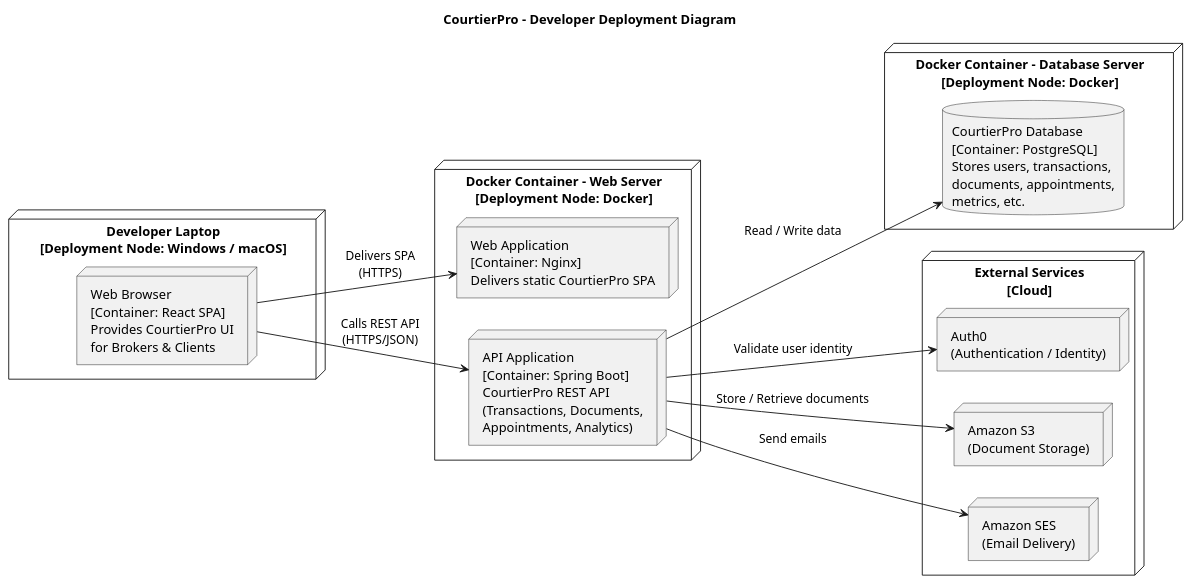
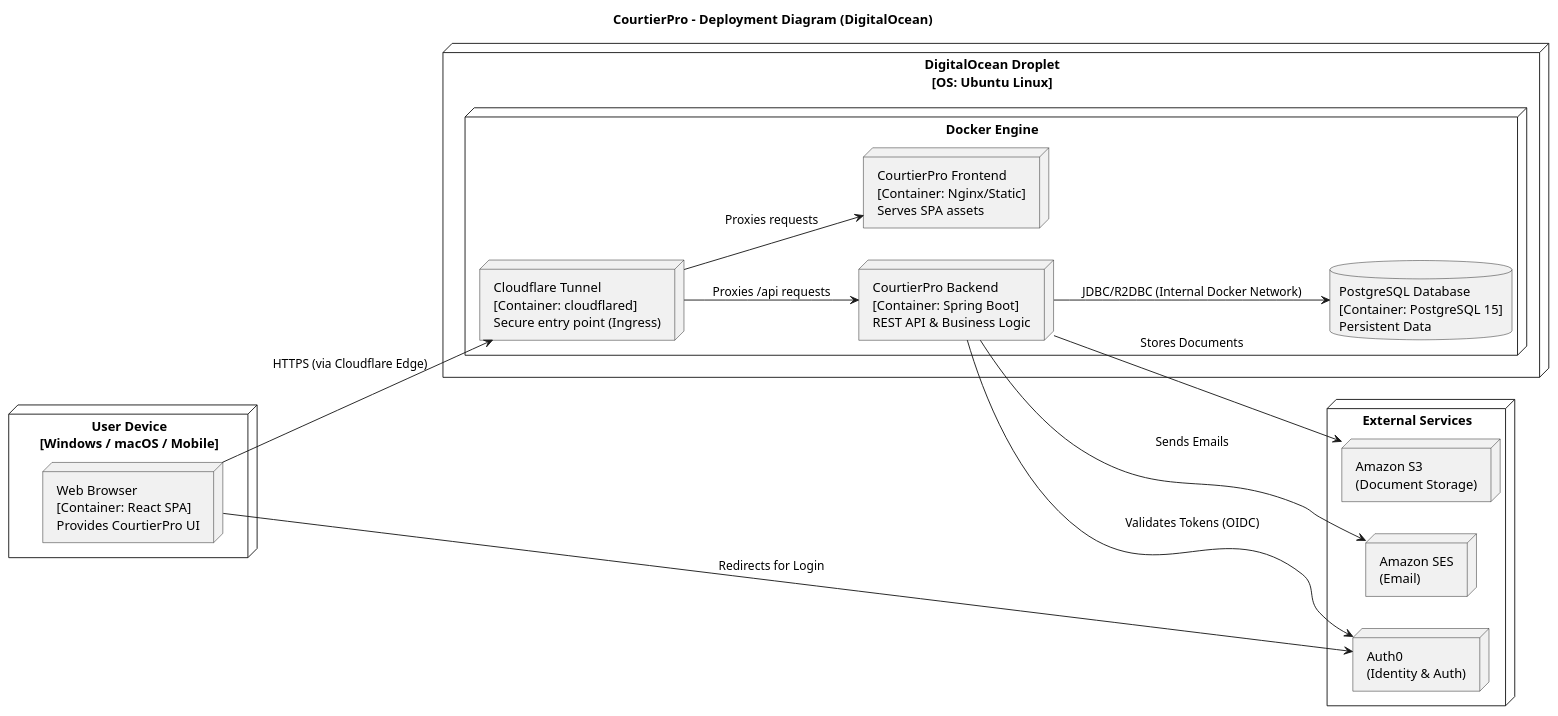
One commit to CourtierPro/CourtierPro changed the diagram in docs/diagrams/CourtierProC4L3Deployment.puml. Above: the diagram before and after it, drawn with PlantUML. The commit also changed 7 other files, not shown here.

Commit message:
Update C4 and DDD diagrams and verify personal use cases

```diff
--- a/docs/diagrams/CourtierProC4L3Deployment.puml
+++ b/docs/diagrams/CourtierProC4L3Deployment.puml
@@ -1,51 +1,57 @@
 @startuml
-title CourtierPro - Developer Deployment Diagram
+title CourtierPro - Deployment Diagram (DigitalOcean)
 
 left to right direction
 skinparam nodeStyle rectangle
 
 ' ==========================
-' Developer laptop / browser
+' User Side
 ' ==========================
-node "Developer Laptop\n[Deployment Node: Windows / macOS]" as Dev {
-  node "Web Browser\n[Container: React SPA]\nProvides CourtierPro UI\nfor Brokers & Clients" as Browser
+node "User Device\n[Windows / macOS / Mobile]" as Device {
+  node "Web Browser\n[Container: React SPA]\nProvides CourtierPro UI" as Browser
 }
 
 ' ==========================
-' Web server (Docker)
+' Cloud / Production
 ' ==========================
-node "Docker Container - Web Server\n[Deployment Node: Docker]" as WebDocker {
-
-  node "Web Application\n[Container: Nginx]\nDelivers static CourtierPro SPA" as WebApp
-
-  node "API Application\n[Container: Spring Boot]\nCourtierPro REST API\n(Transactions, Documents,\nAppointments, Analytics)" as ApiApp
+node "DigitalOcean Droplet\n[OS: Ubuntu Linux]" as DO_VM {
+  
+  node "Docker Engine" as Docker {
+    
+    node "Cloudflare Tunnel\n[Container: cloudflared]\nSecure entry point (Ingress)" as Tunnel
+    
+    node "CourtierPro Frontend\n[Container: Nginx/Static]\nServes SPA assets" as Frontend
+    
+    node "CourtierPro Backend\n[Container: Spring Boot]\nREST API & Business Logic" as Backend
+    
+    database "PostgreSQL Database\n[Container: PostgreSQL 15]\nPersistent Data" as DB
+  }
 }
 
 ' ==========================
-' Database server (Docker)
+' External Services
 ' ==========================
-node "Docker Container - Database Server\n[Deployment Node: Docker]" as DbDocker {
-  database "CourtierPro Database\n[Container: PostgreSQL]\nStores users, transactions,\ndocuments, appointments,\nmetrics, etc." as DB
-}
-
-' ==========================
-' External systems (Cloud)
-' ==========================
-node "External Services\n[Cloud]" as Ext {
-  node "Auth0\n(Authentication / Identity)" as Auth0
+node "External Services" as Ext {
+  node "Auth0\n(Identity & Auth)" as Auth0
   node "Amazon S3\n(Document Storage)" as S3
-  node "Amazon SES\n(Email Delivery)" as SES
+  node "Amazon SES\n(Email)" as SES
 }
 
 ' ==========================
 ' Connections
 ' ==========================
-Browser --> WebApp : Delivers SPA\n(HTTPS)
-Browser --> ApiApp : Calls REST API\n(HTTPS/JSON)
+' Ingress
+Browser --> Tunnel : HTTPS (via Cloudflare Edge)
+Tunnel --> Frontend : Proxies requests
+Tunnel --> Backend : Proxies /api requests
 
-ApiApp --> DB : Read / Write data
-ApiApp --> Auth0 : Validate user identity
-ApiApp --> S3 : Store / Retrieve documents
-ApiApp --> SES : Send emails
+' Internal
+Backend --> DB : JDBC/R2DBC (Internal Docker Network)
+
+' External
+Browser --> Auth0 : Redirects for Login
+Backend --> Auth0 : Validates Tokens (OIDC)
+Backend --> S3 : Stores Documents
+Backend --> SES : Sends Emails
 
 @enduml
```
